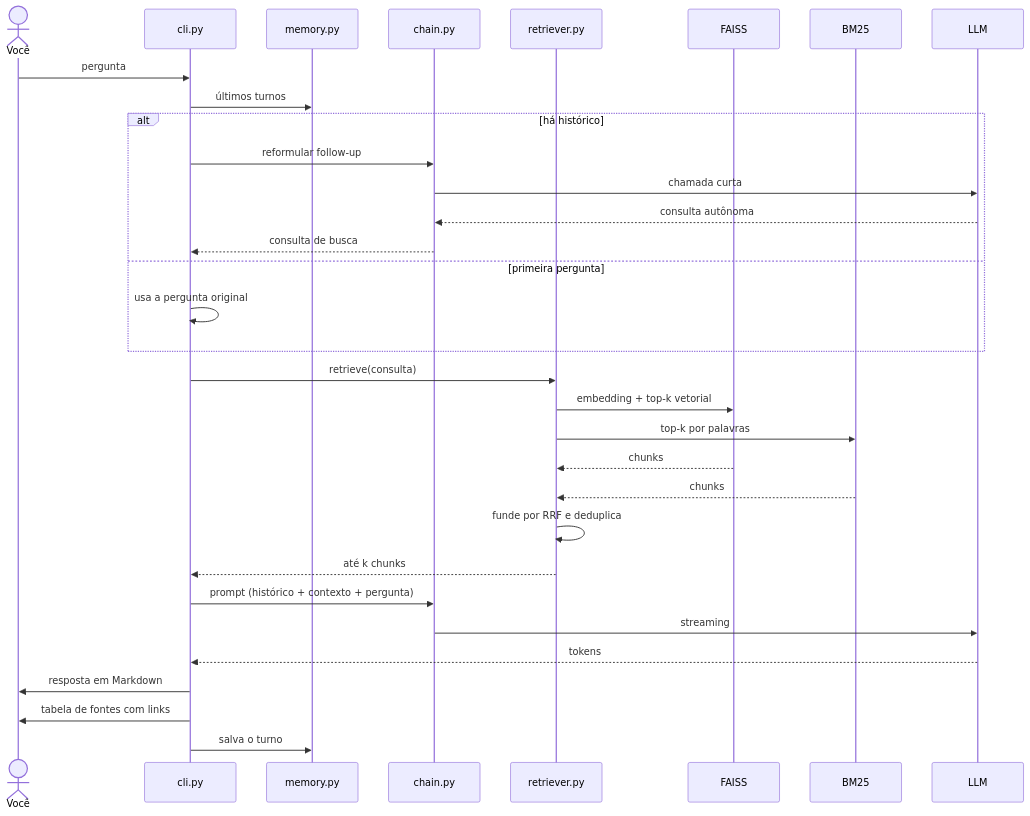
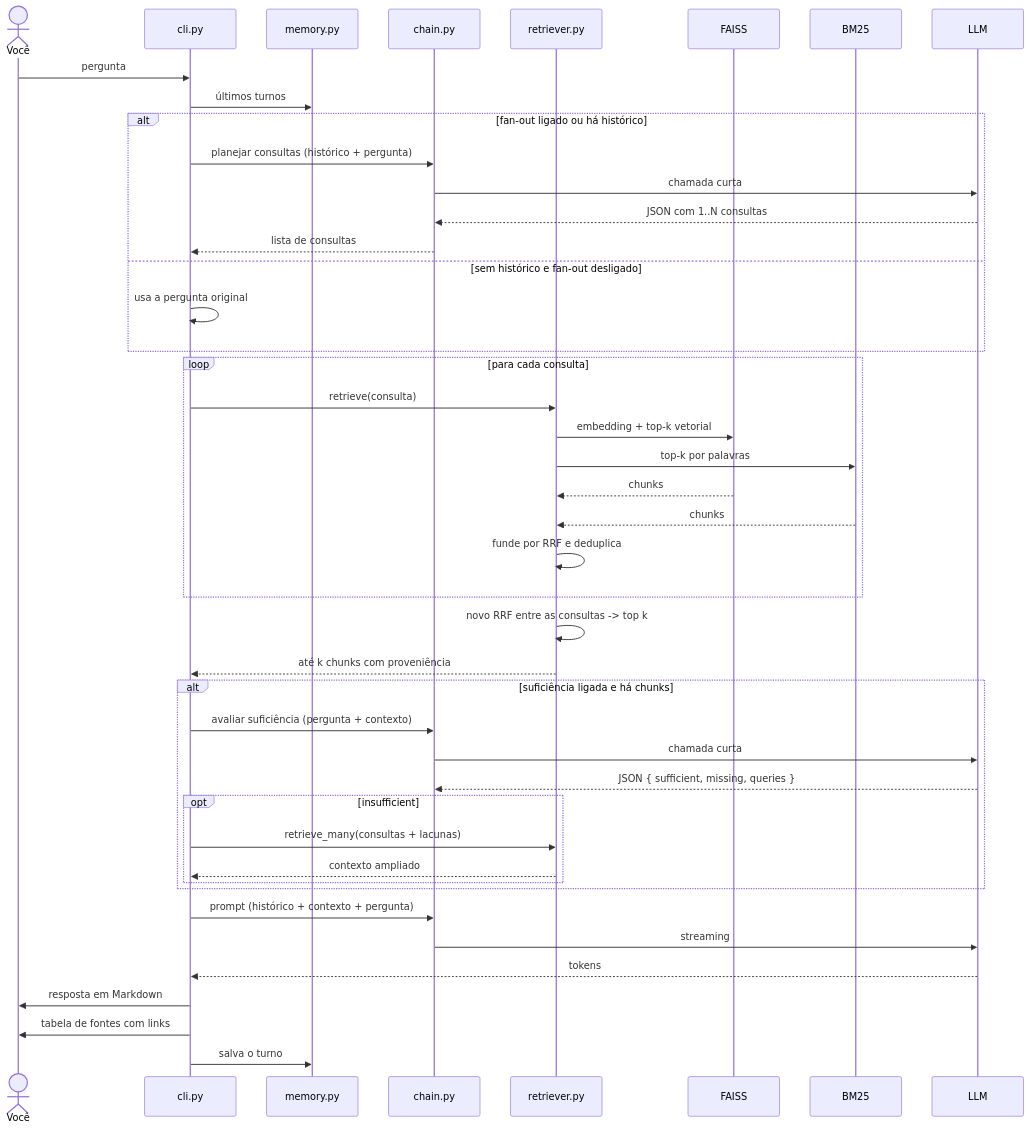
One commit to leeovictor/rag-poc changed the third of 3 diagrams in docs/ARQUITETURA.md. Above: the diagram before and after it, drawn with Mermaid. The commit also changed other lines of this file and 13 other files, not shown here.

First line of the commit message:
feat: fan-out, loop de suficiência e citações clicáveis

````diff
--- a/docs/ARQUITETURA.md
+++ b/docs/ARQUITETURA.md
@@ -309,37 +317,50 @@
 ```mermaid
 sequenceDiagram
     actor U as Você
     participant CLI as cli.py
     participant M as memory.py
     participant C as chain.py
     participant R as retriever.py
     participant V as FAISS
     participant B as BM25
     participant L as LLM
 
     U->>CLI: pergunta
     CLI->>M: últimos turnos
-    alt há histórico
-        CLI->>C: reformular follow-up
+    alt fan-out ligado ou há histórico
+        CLI->>C: planejar consultas (histórico + pergunta)
         C->>L: chamada curta
-        L-->>C: consulta autônoma
-        C-->>CLI: consulta de busca
-    else primeira pergunta
+        L-->>C: JSON com 1..N consultas
+        C-->>CLI: lista de consultas
+    else sem histórico e fan-out desligado
         CLI->>CLI: usa a pergunta original
     end
 
-    CLI->>R: retrieve(consulta)
-    R->>V: embedding + top-k vetorial
-    R->>B: top-k por palavras
-    V-->>R: chunks
-    B-->>R: chunks
-    R->>R: funde por RRF e deduplica
-    R-->>CLI: até k chunks
+    loop para cada consulta
+        CLI->>R: retrieve(consulta)
+        R->>V: embedding + top-k vetorial
+        R->>B: top-k por palavras
+        V-->>R: chunks
+        B-->>R: chunks
+        R->>R: funde por RRF e deduplica
+    end
+    R->>R: novo RRF entre as consultas -> top k
+    R-->>CLI: até k chunks com proveniência
+
+    alt suficiência ligada e há chunks
+        CLI->>C: avaliar suficiência (pergunta + contexto)
+        C->>L: chamada curta
+        L-->>C: JSON { sufficient, missing, queries }
+        opt insufficient
+            CLI->>R: retrieve_many(consultas + lacunas)
+            R-->>CLI: contexto ampliado
+        end
+    end
 
     CLI->>C: prompt (histórico + contexto + pergunta)
     C->>L: streaming
     L-->>CLI: tokens
     CLI->>U: resposta em Markdown
     CLI->>U: tabela de fontes com links
     CLI->>M: salva o turno
 ```
````
